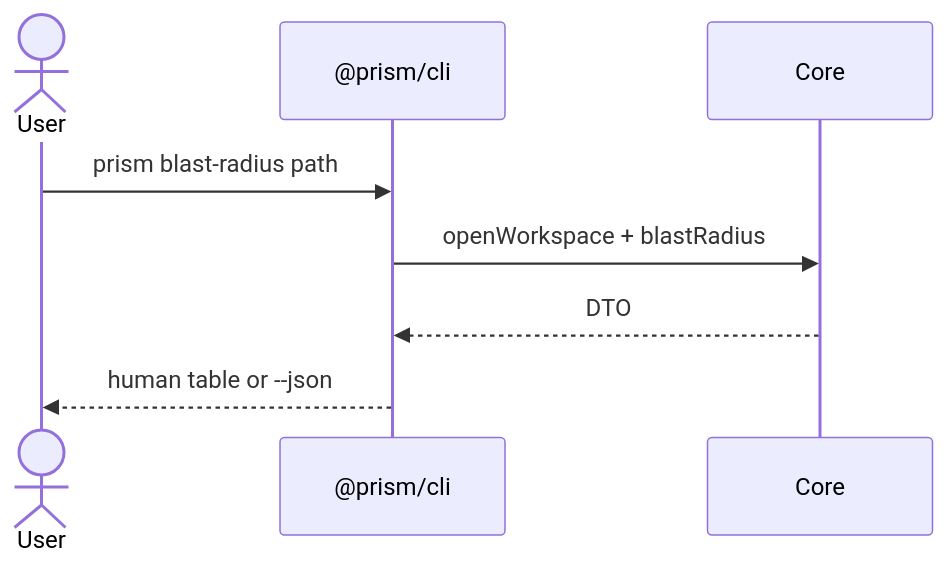
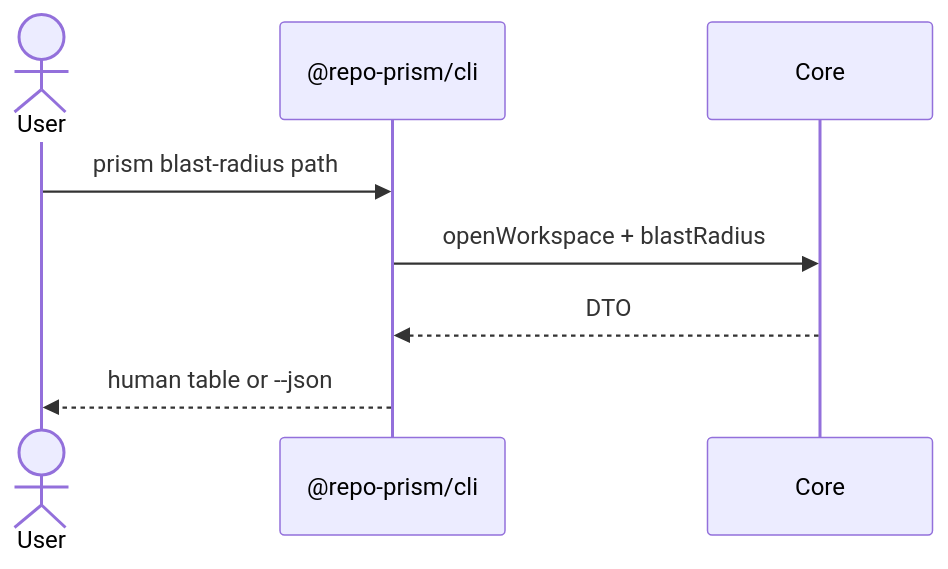
Before and after one commit to Shailesh200/prism: the sixth of 6 diagrams in plans/architecture/05_DATA_FLOWS.md, drawn with Mermaid. The commit also changed other lines of this file and 485 other files, not shown here.

First line of the commit message:
Release Prism 1.0 GA: Core, CLI, MCP, extension, and docs.

````diff
--- a/plans/architecture/05_DATA_FLOWS.md
+++ b/plans/architecture/05_DATA_FLOWS.md
@@ -126,11 +126,11 @@
 ```mermaid
 sequenceDiagram
   actor U as User
-  participant CLI as @prism/cli
+  participant CLI as @repo-prism/cli
   participant C as Core
 
   U->>CLI: prism blast-radius path
   CLI->>C: openWorkspace + blastRadius
   C-->>CLI: DTO
   CLI-->>U: human table or --json
 ```
````
